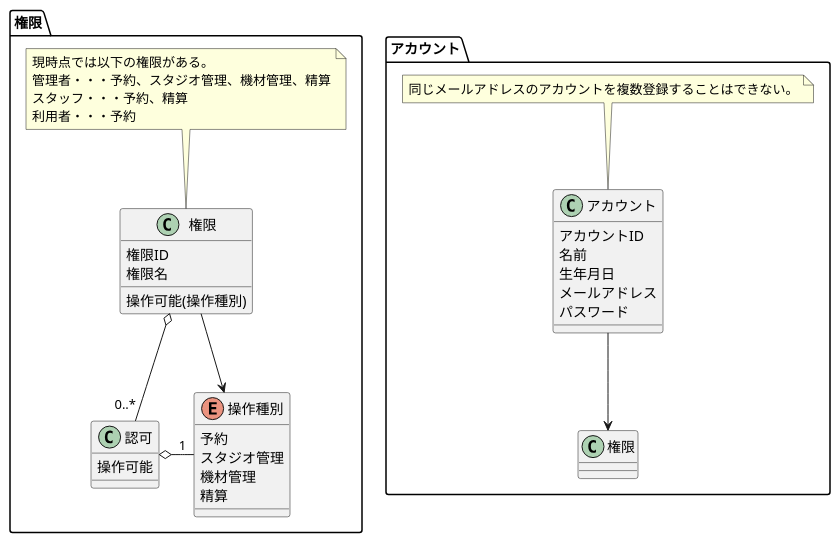
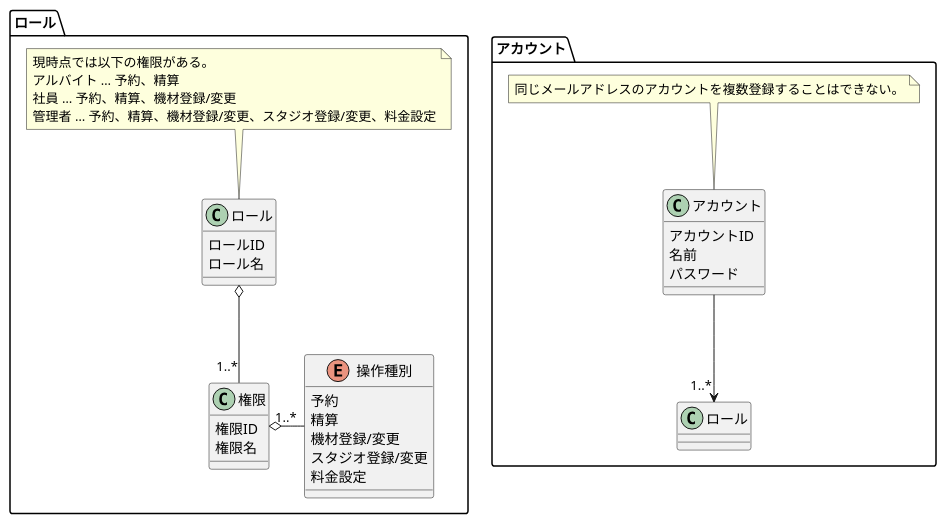
The diagram in modeling/07_DomainModel_認証.pu (TakashiOnawa/ddd-practice-studio-reservation), drawn with PlantUML before and after one commit. The commit also changed 1 other file, not shown here.

```diff
--- a/modeling/07_DomainModel_認証.pu
+++ b/modeling/07_DomainModel_認証.pu
@@ -1,49 +1,47 @@
 @startuml DomainModel
 
 package アカウント {
     class アカウント {
         アカウントID
         名前
-        生年月日
-        メールアドレス
         パスワード
     }
 
-    アカウント --> 権限
+    アカウント --> "1..*" ロール
 
     note top of アカウント
     同じメールアドレスのアカウントを複数登録することはできない。
     end note
 }
 
-package 権限 {
+package ロール {
+    class ロール {
+        ロールID
+        ロール名
+    }
+
     class 権限 {
         権限ID
         権限名
-        操作可能(操作種別)
-    }
-
-    class 認可 {
-        操作可能
     }
 
     enum 操作種別 {
         予約
-        スタジオ管理
-        機材管理
         精算
+        機材登録/変更
+        スタジオ登録/変更
+        料金設定
     }
 
-    権限 o-- "0..*" 認可
-    認可 o- "1" 操作種別
-    権限 --> 操作種別
+    ロール o-- "1..*" 権限
+    権限 o- "1..*" 操作種別
 
-    note top of 権限
+    note top of ロール
     現時点では以下の権限がある。
-    管理者・・・予約、スタジオ管理、機材管理、精算
-    スタッフ・・・予約、精算
-    利用者・・・予約
+    アルバイト … 予約、精算
+    社員 … 予約、精算、機材登録/変更
+    管理者 … 予約、精算、機材登録/変更、スタジオ登録/変更、料金設定
     end note
 }
 
 @enduml
```
